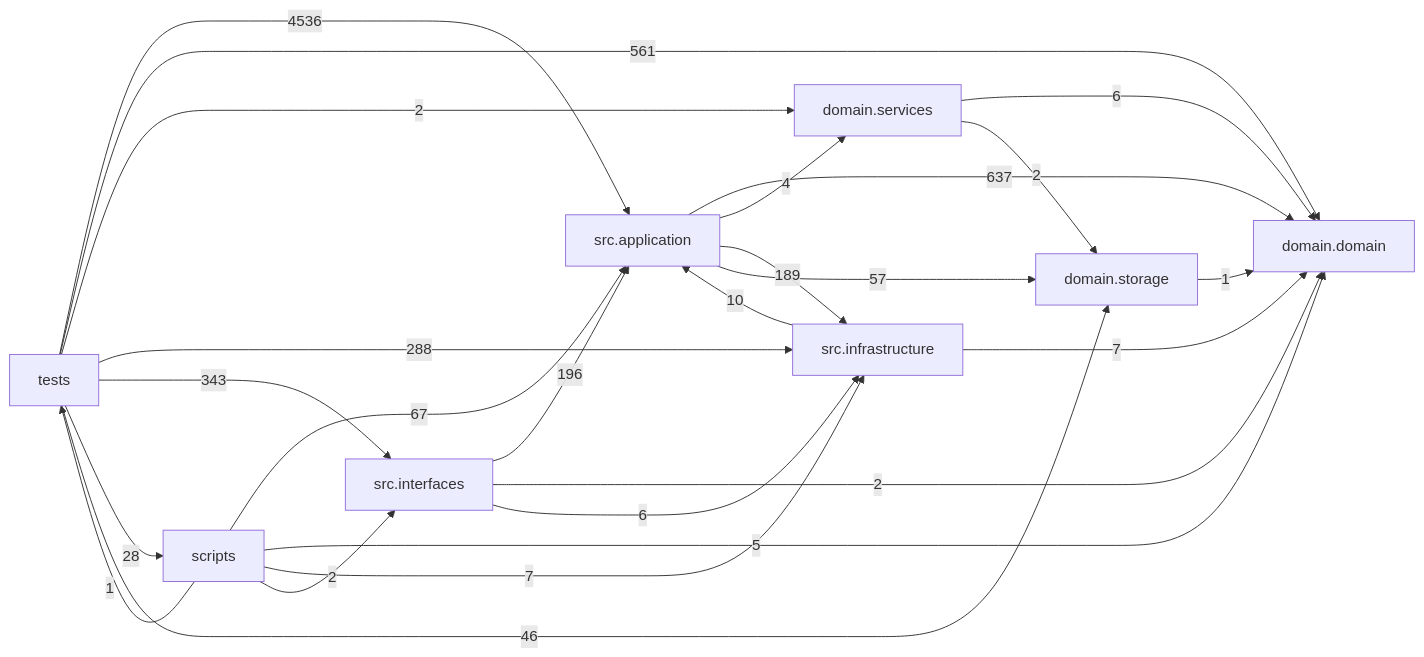
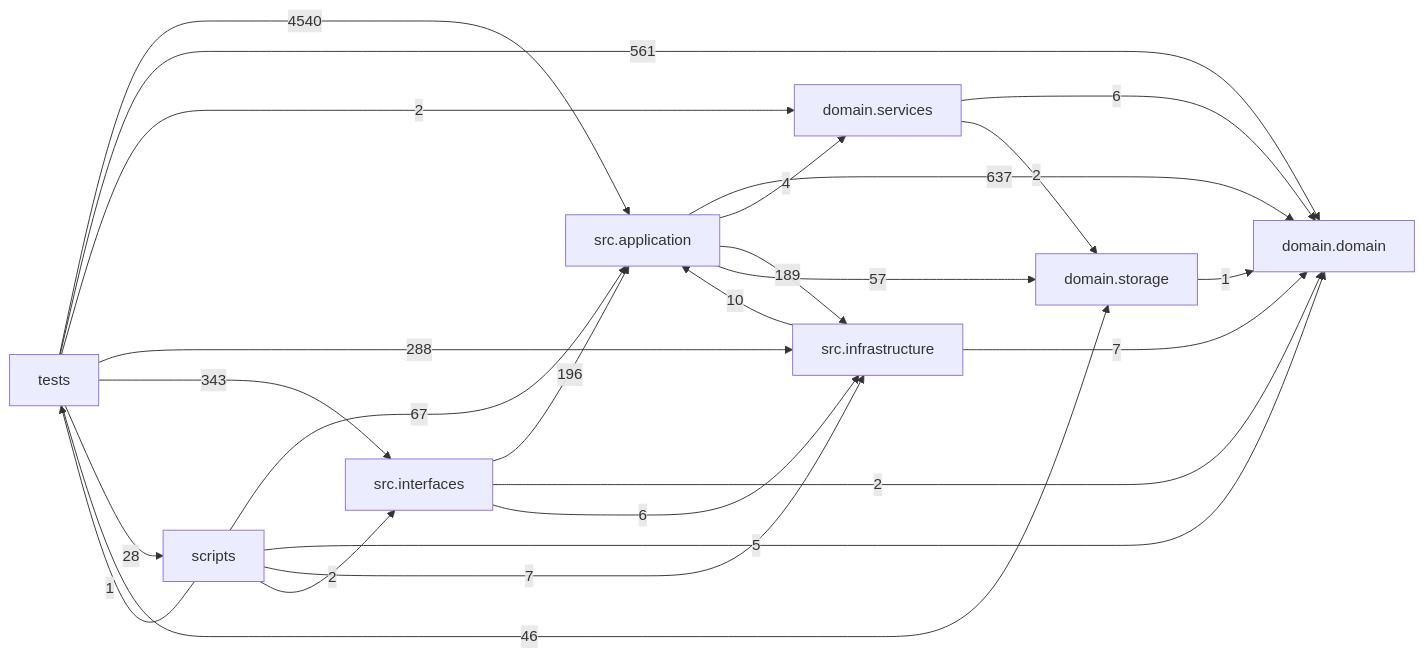
One commit to liuxie066/options-monitor changed the diagram in docs/DEPENDENCY_GRAPH.md. Above: the diagram before and after it, drawn with Mermaid. The commit also changed other lines of this file and 4 other files, not shown here.

````diff
--- a/docs/DEPENDENCY_GRAPH.md
+++ b/docs/DEPENDENCY_GRAPH.md
@@ -24,35 +24,35 @@
 ```mermaid
 flowchart LR
   tests["tests"]
   scripts["scripts"]
   interfaces["src.interfaces"]
   application["src.application"]
   infrastructure["src.infrastructure"]
   domain_services["domain.services"]
   domain["domain.domain"]
   storage["domain.storage"]
   application -->|637| domain
   application -->|4| domain_services
   application -->|189| infrastructure
   application -->|57| storage
   domain_services -->|6| domain
   domain_services -->|2| storage
   infrastructure -->|10| application
   infrastructure -->|7| domain
   interfaces -->|196| application
   interfaces -->|2| domain
   interfaces -->|6| infrastructure
   scripts -->|67| application
   scripts -->|5| domain
   scripts -->|7| infrastructure
   scripts -->|2| interfaces
   scripts -->|1| tests
   storage -->|1| domain
-  tests -->|4536| application
+  tests -->|4540| application
   tests -->|561| domain
   tests -->|2| domain_services
   tests -->|288| infrastructure
   tests -->|343| interfaces
   tests -->|28| scripts
   tests -->|46| storage
 ```
````
